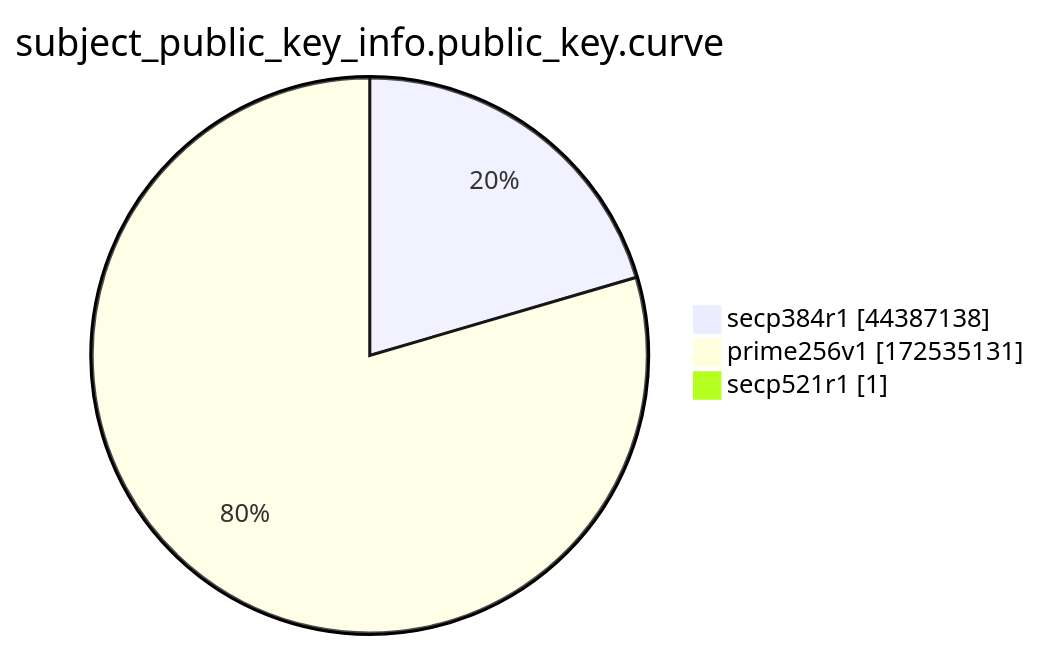
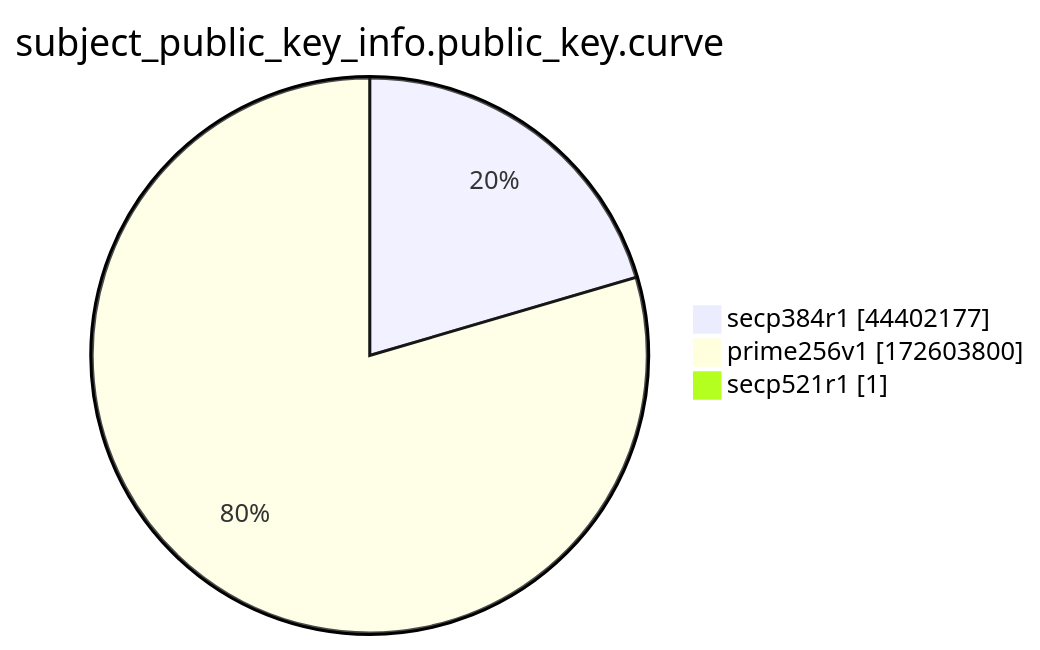
Before and after one commit to christiankrug/ctmonitor_visualization: the ninth of 15 diagrams in xenon2022/README.md, drawn with Mermaid. The commit also changed other lines of this file, not shown here.

````diff
--- a/xenon2022/README.md
+++ b/xenon2022/README.md
@@ -2871,7 +2871,7 @@
 ```mermaid
 pie showData
 title subject_public_key_info.public_key.curve
-"secp384r1" :44387138
-"prime256v1" :172535131
+"secp384r1" :44402177
+"prime256v1" :172603800
 "secp521r1" :1
 ```
````
